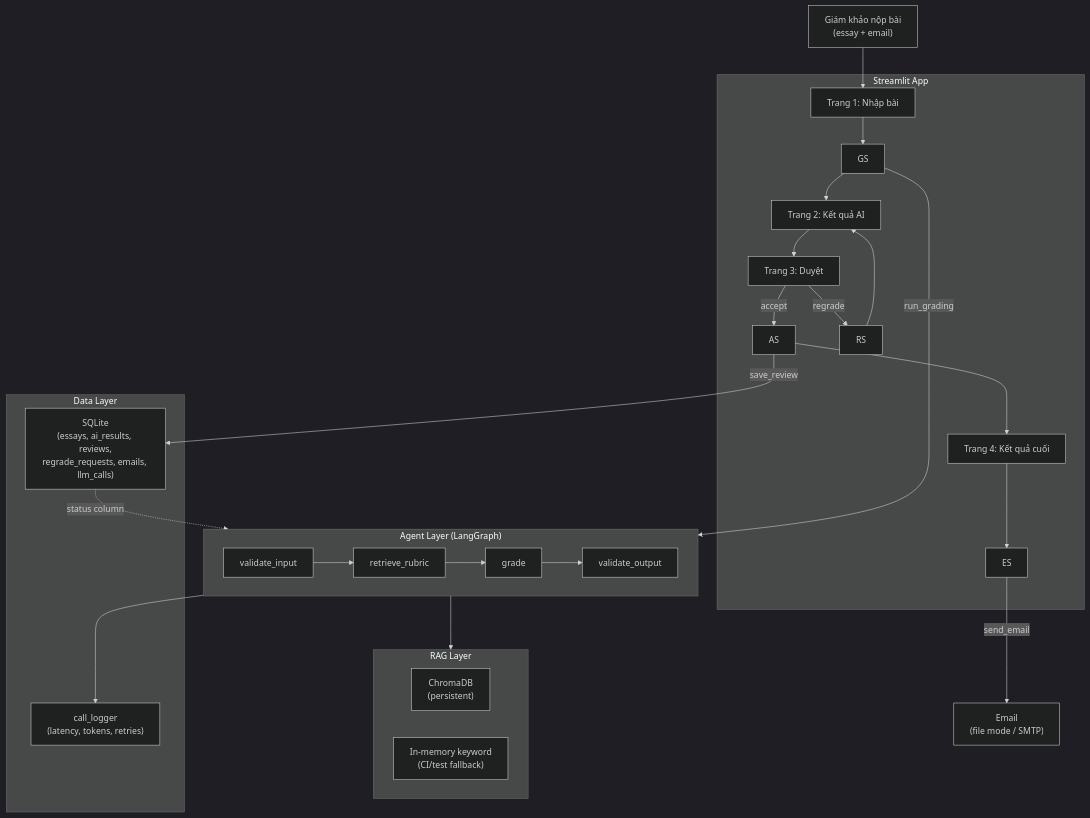
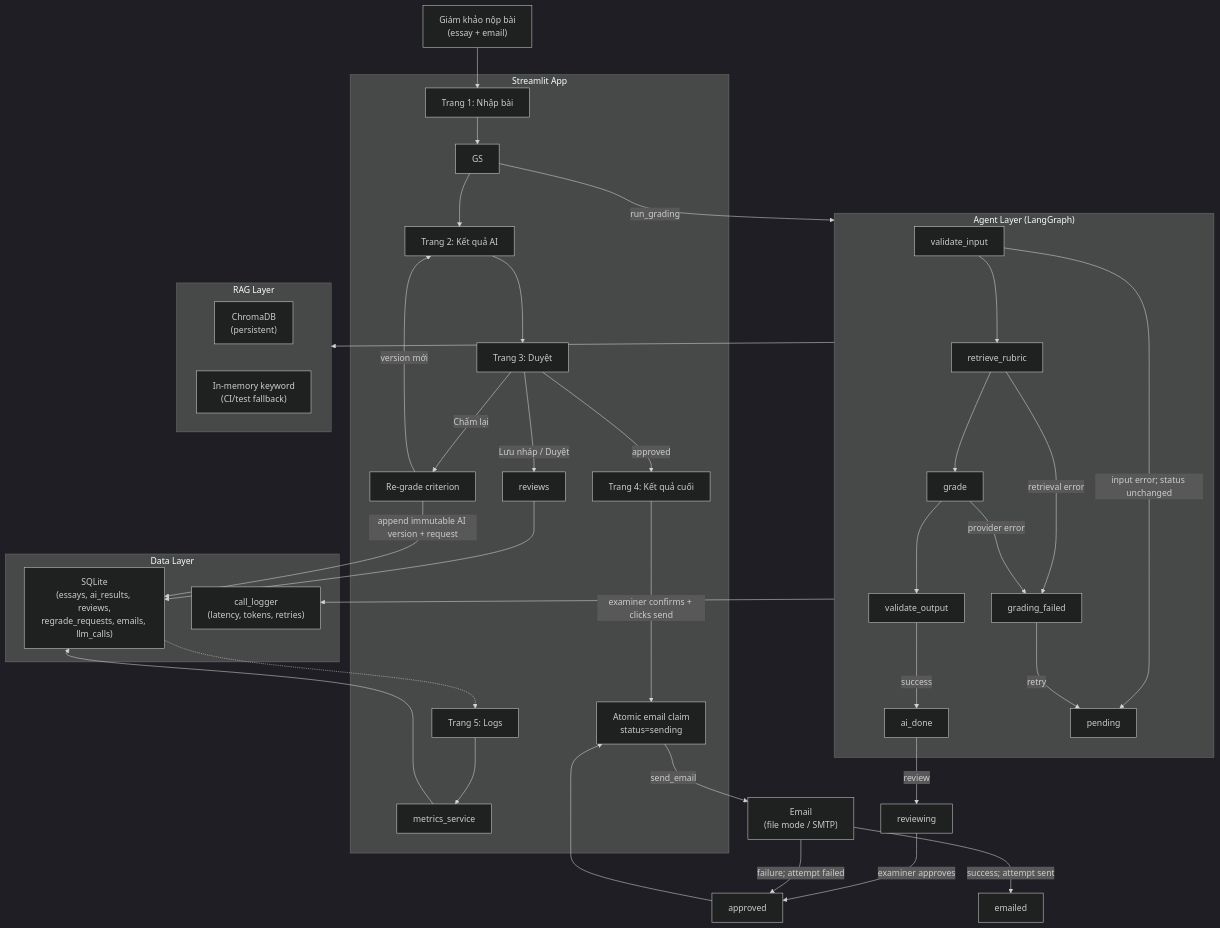
One commit to qminh-06/ielts-writing-ai changed the diagram in docs/architecture.md. Above: the diagram before and after it, drawn with Mermaid (dark theme). The commit also changed other lines of this file and 4 other files, not shown here.

````diff
--- a/docs/architecture.md
+++ b/docs/architecture.md
@@ -5,38 +5,51 @@
 ```mermaid
 flowchart TD
     E["Giám khảo nộp bài\n(essay + email)"] --> P1
 
     subgraph APP["Streamlit App"]
         P1["Trang 1: Nhập bài"] --> GS
         GS --> P2["Trang 2: Kết quả AI"]
         P2 --> P3["Trang 3: Duyệt"]
-        P3 -->|accept| AS
-        P3 -->|regrade| RS
-        RS --> P2
-        AS --> P4["Trang 4: Kết quả cuối"]
-        P4 --> ES
+        P3 -->|"Lưu nháp / Duyệt"| RV["reviews"]
+        P3 -->|"Chấm lại"| RG["Re-grade criterion"]
+        RG -->|version mới| P2
+        P3 -->|approved| P4["Trang 4: Kết quả cuối"]
+        P4 -->|examiner confirms + clicks send| CLAIM
+        P5["Trang 5: Logs"] --> MS["metrics_service"]
     end
 
     subgraph AGENT["Agent Layer (LangGraph)"]
         VI["validate_input"] --> RR["retrieve_rubric"]
         RR --> GR["grade"]
         GR --> VO["validate_output"]
+        VO -->|success| AIDONE["ai_done"]
+        VI -->|input error; status unchanged| PENDING["pending"]
+        RR -->|retrieval error| FAILED["grading_failed"]
+        GR -->|provider error| FAILED
+        FAILED -->|retry| PENDING
     end
 
     subgraph RAG["RAG Layer"]
         CHROMA["ChromaDB\n(persistent)"]
         MOCK["In-memory keyword\n(CI/test fallback)"]
     end
 
     subgraph DB["Data Layer"]
         SQLITE["SQLite\n(essays, ai_results, reviews,\nregrade_requests, emails, llm_calls)"]
         LOGGER["call_logger\n(latency, tokens, retries)"]
     end
 
     GS -->|run_grading| AGENT
     AGENT --> RAG
     AGENT --> LOGGER
-    AS -->|save_review| SQLITE
-    ES -->|send_email| EMAIL["Email\n(file mode / SMTP)"]
-    SQLITE -.->|status column| AGENT
+    RV --> SQLITE
+    RG -->|append immutable AI version + request| SQLITE
+    AIDONE -->|review| REVIEWING["reviewing"]
+    REVIEWING -->|examiner approves| APPROVED["approved"]
+    APPROVED --> CLAIM["Atomic email claim\nstatus=sending"]
+    CLAIM -->|send_email| EMAIL["Email\n(file mode / SMTP)"]
+    EMAIL -->|success; attempt sent| EMAILED["emailed"]
+    EMAIL -->|failure; attempt failed| APPROVED
+    SQLITE -.-> P5
+    MS --> SQLITE
 ```
````
